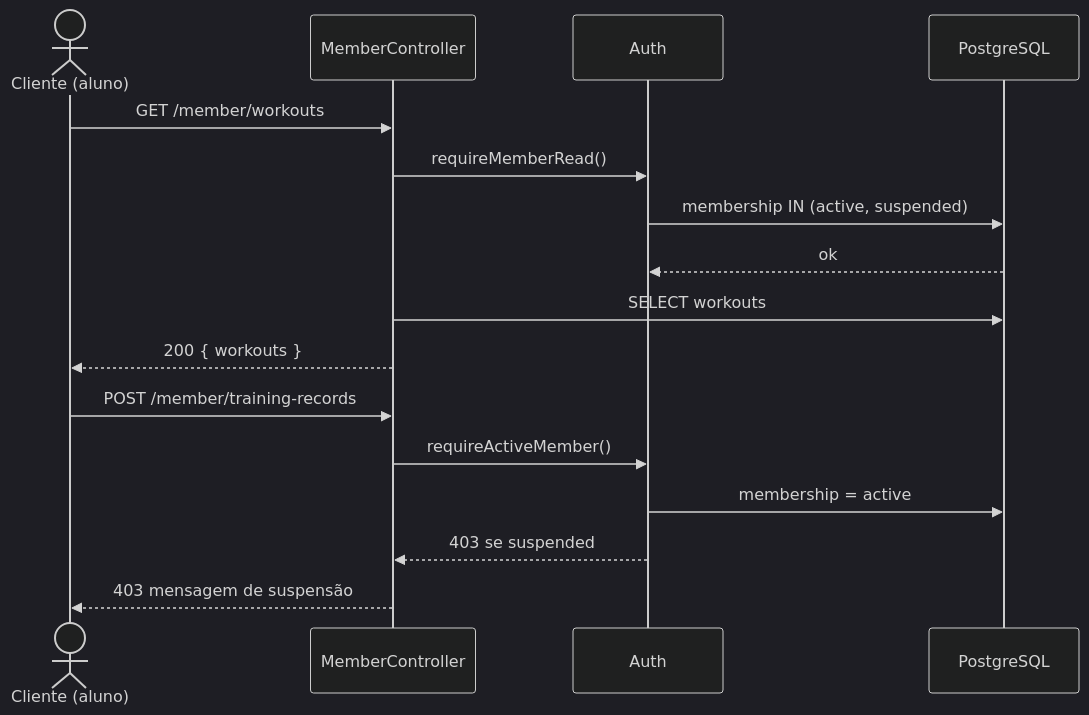
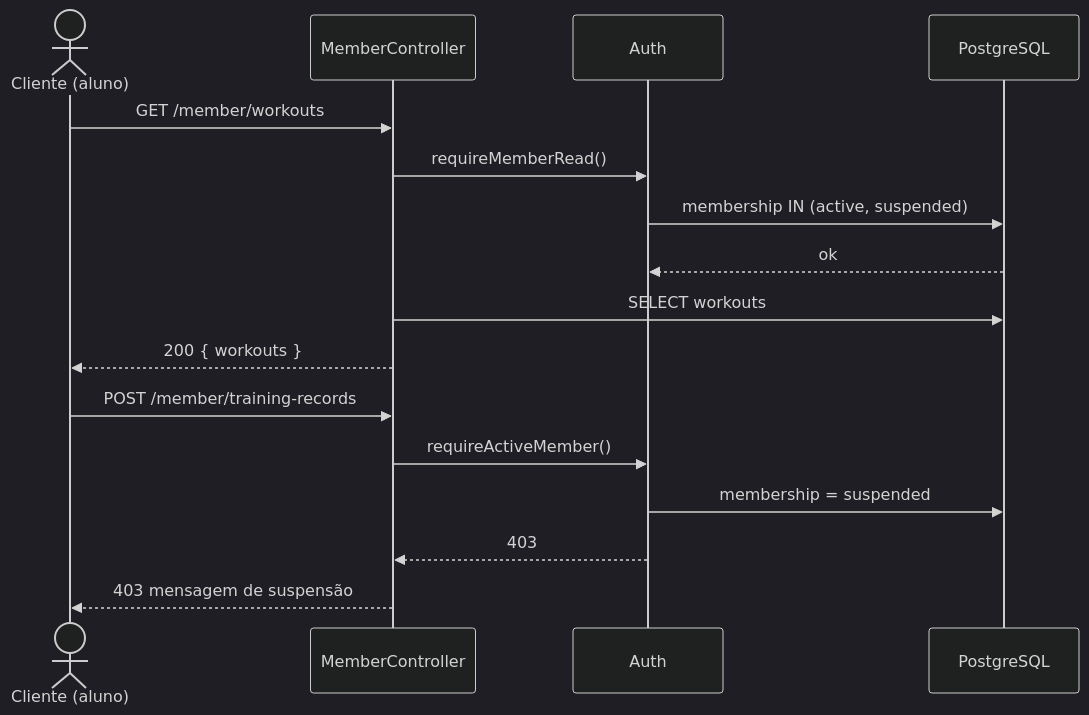
The fourth of 4 diagrams in docs/uml/diagrama-sequencia.md (nittosantos/pi_gym), drawn with Mermaid (dark theme) before and after one commit. The commit also changed other lines of this file and 29 other files, not shown here.

First line of the commit message:
docs: adicionar UML, BPMN e imagens exportadas para entrega acadêmica.

````diff
--- a/docs/uml/diagrama-sequencia.md
+++ b/docs/uml/diagrama-sequencia.md
@@ -66,20 +73,20 @@
 ```mermaid
 sequenceDiagram
   actor Aluno as Cliente (aluno)
   participant API as MemberController
   participant Auth as Auth
   participant BD as PostgreSQL
 
   Aluno->>API: GET /member/workouts
   API->>Auth: requireMemberRead()
   Auth->>BD: membership IN (active, suspended)
   BD-->>Auth: ok
   API->>BD: SELECT workouts
   API-->>Aluno: 200 { workouts }
 
   Aluno->>API: POST /member/training-records
   API->>Auth: requireActiveMember()
-  Auth->>BD: membership = active
-  Auth-->>API: 403 se suspended
+  Auth->>BD: membership = suspended
+  Auth-->>API: 403
   API-->>Aluno: 403 mensagem de suspensão
 ```
````
